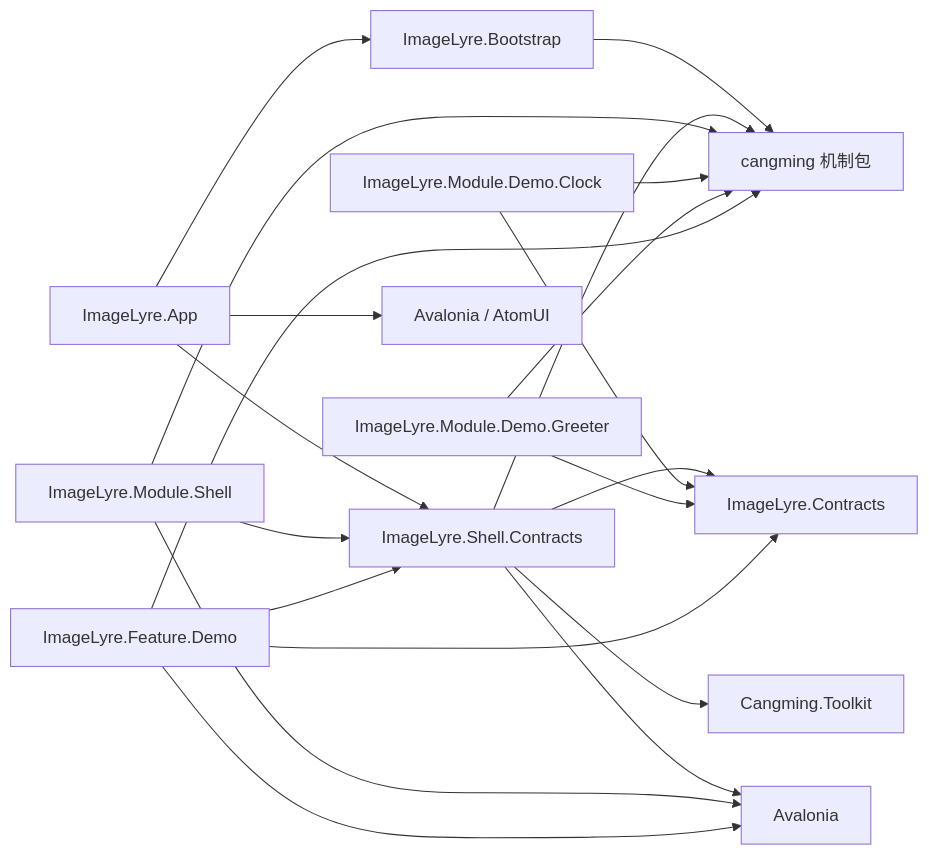
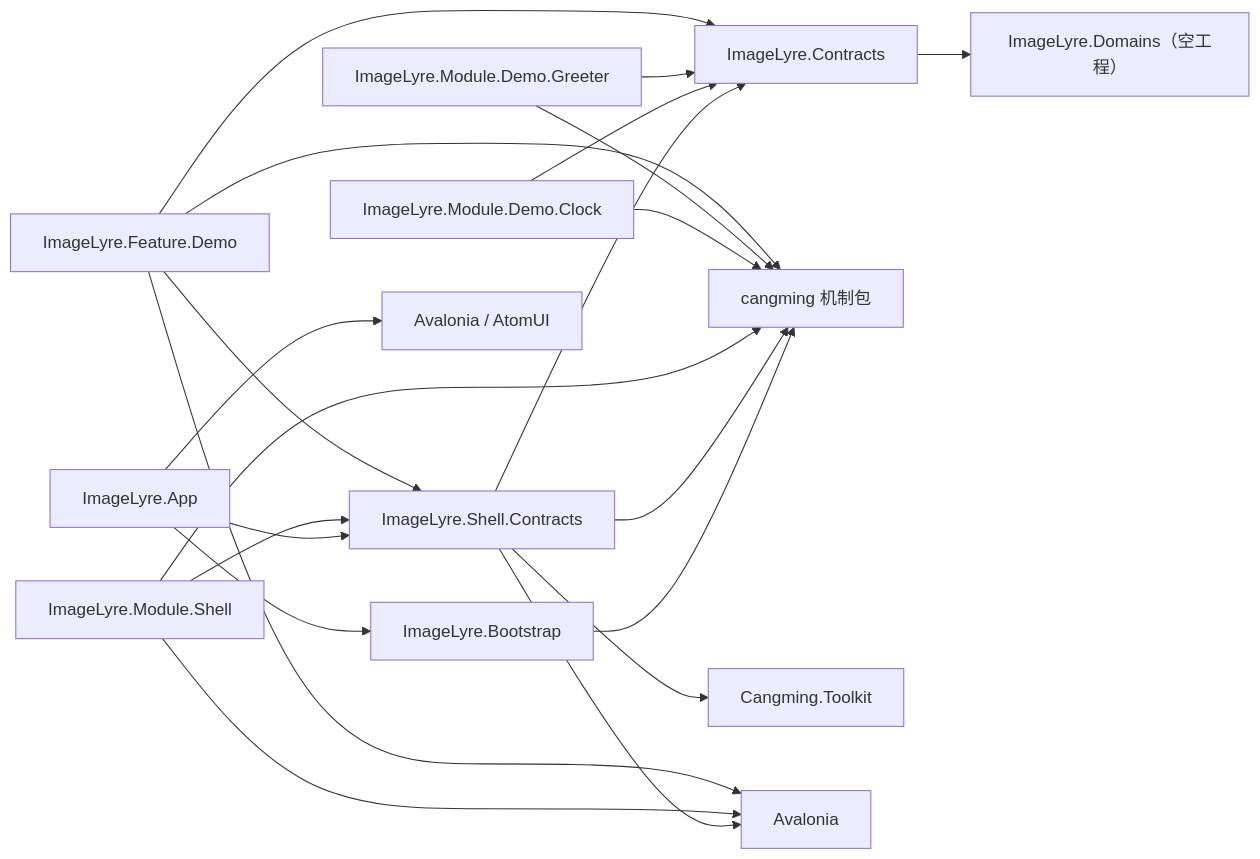
One commit to xknife-erian/ImageLyre changed the first of 2 diagrams in docs/design/lukan/DESIGN-0001-M1-插件骨架.md. Above: the diagram before and after it, drawn with Mermaid. The commit also changed other lines of this file and 1 other file, not shown here.

First line of the commit message:
docs(adr): Domains 建成空工程并规定每个工程必带 README

````diff
--- a/docs/design/lukan/DESIGN-0001-M1-插件骨架.md
+++ b/docs/design/lukan/DESIGN-0001-M1-插件骨架.md
@@ -59,31 +63,33 @@
 ```mermaid
 flowchart LR
     BOOT["ImageLyre.Bootstrap"]
     APP["ImageLyre.App"]
     SC["ImageLyre.Shell.Contracts"]
     DC["ImageLyre.Contracts"]
+    DN["ImageLyre.Domains（空工程）"]
     MS["ImageLyre.Module.Shell"]
     MC["ImageLyre.Module.Demo.Clock"]
     MG["ImageLyre.Module.Demo.Greeter"]
     FD["ImageLyre.Feature.Demo"]
 
     APP --> BOOT
     APP --> SC
     APP --> AV["Avalonia / AtomUI"]
     BOOT --> CM["cangming 机制包"]
     SC --> CM
     SC --> DC
+    DC --> DN
     SC --> TK["Cangming.Toolkit"]
     SC --> AVL["Avalonia"]
     MS --> SC
     MS --> CM
     MS --> AVL
     MC --> DC
     MC --> CM
     MG --> DC
     MG --> CM
     FD --> SC
     FD --> DC
     FD --> CM
     FD --> AVL
 ```
````
